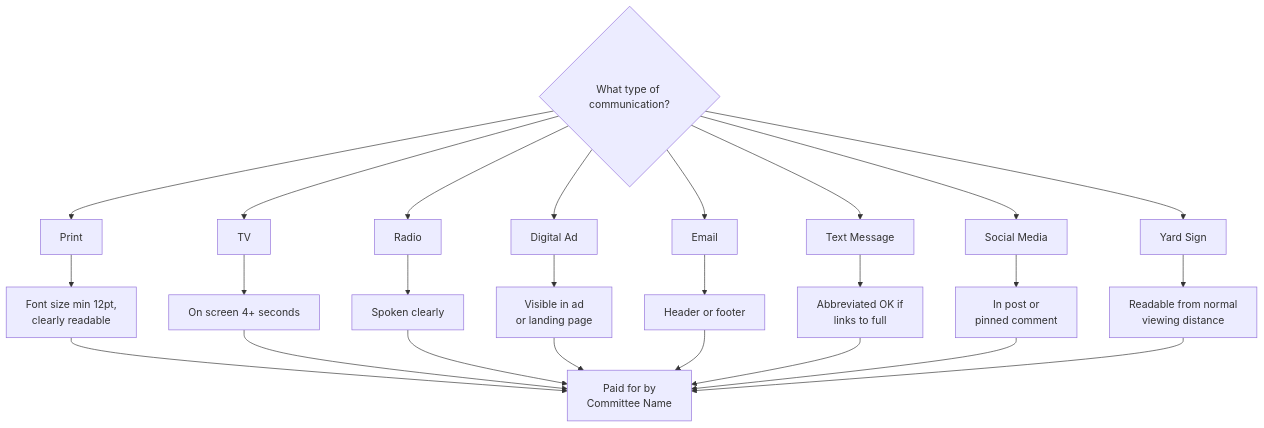
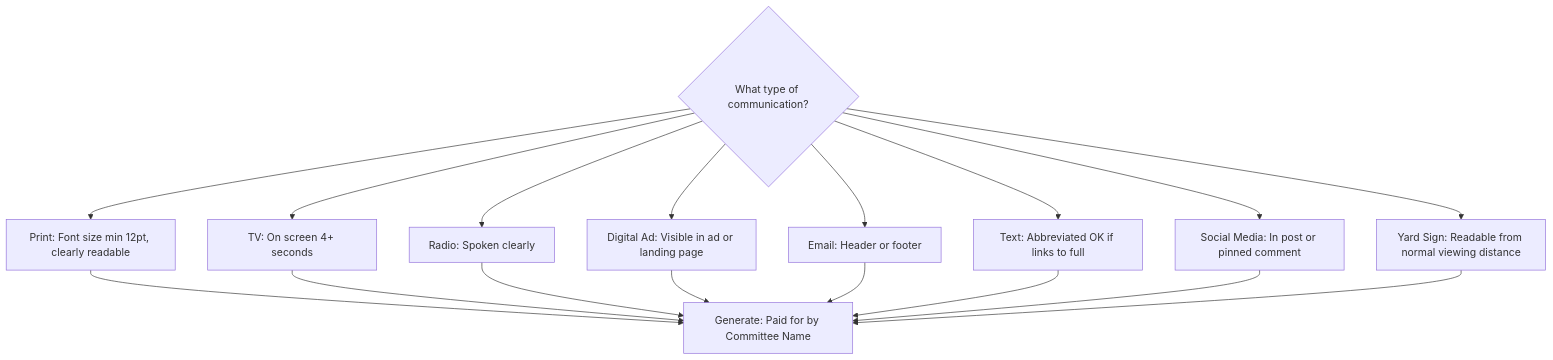
Before and after one commit to dougdevitre/get-elected: the diagram in tools/disclaimer-generator.md, drawn with Mermaid. The commit also changed 4 other files, not shown here.

First line of the commit message:
Add mermaid diagrams to messaging and disclaimer generator

````diff
--- a/tools/disclaimer-generator.md
+++ b/tools/disclaimer-generator.md
@@ -5,36 +5,20 @@
 ```mermaid
 flowchart TD
     A{What type of communication?}
-    A --> P[Print]
-    A --> TV[TV]
-    A --> R[Radio]
-    A --> DA[Digital Ad]
-    A --> E[Email]
-    A --> TM[Text Message]
-    A --> SM[Social Media]
-    A --> YS[Yard Sign]
-
-    P --> P1["Font size min 12pt,
-    clearly readable"]
-    TV --> TV1["On screen 4+ seconds"]
-    R --> R1["Spoken clearly"]
-    DA --> DA1["Visible in ad
-    or landing page"]
-    E --> E1["Header or footer"]
-    TM --> TM1["Abbreviated OK if
-    links to full"]
-    SM --> SM1["In post or
-    pinned comment"]
-    YS --> YS1["Readable from normal
-    viewing distance"]
-
-    P1 --> D["Paid for by
-    Committee Name"]
-    TV1 --> D
-    R1 --> D
-    DA1 --> D
-    E1 --> D
-    TM1 --> D
-    SM1 --> D
-    YS1 --> D
+    A --> P["Print: Font size min 12pt, clearly readable"]
+    A --> TV["TV: On screen 4+ seconds"]
+    A --> R["Radio: Spoken clearly"]
+    A --> DA["Digital Ad: Visible in ad or landing page"]
+    A --> E["Email: Header or footer"]
+    A --> TM["Text: Abbreviated OK if links to full"]
+    A --> SM["Social Media: In post or pinned comment"]
+    A --> YS["Yard Sign: Readable from normal viewing distance"]
+    P --> D["Generate: Paid for by Committee Name"]
+    TV --> D
+    R --> D
+    DA --> D
+    E --> D
+    TM --> D
+    SM --> D
+    YS --> D
 ```
````
